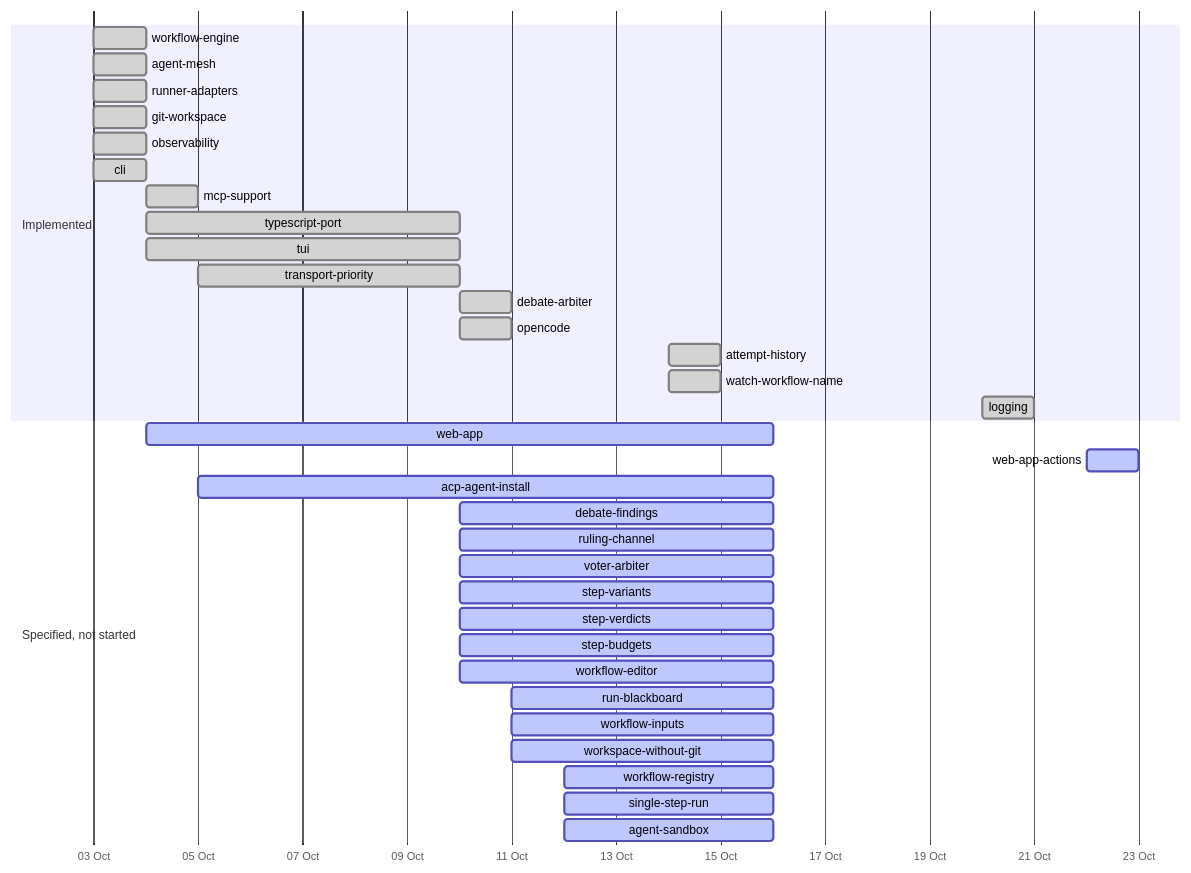
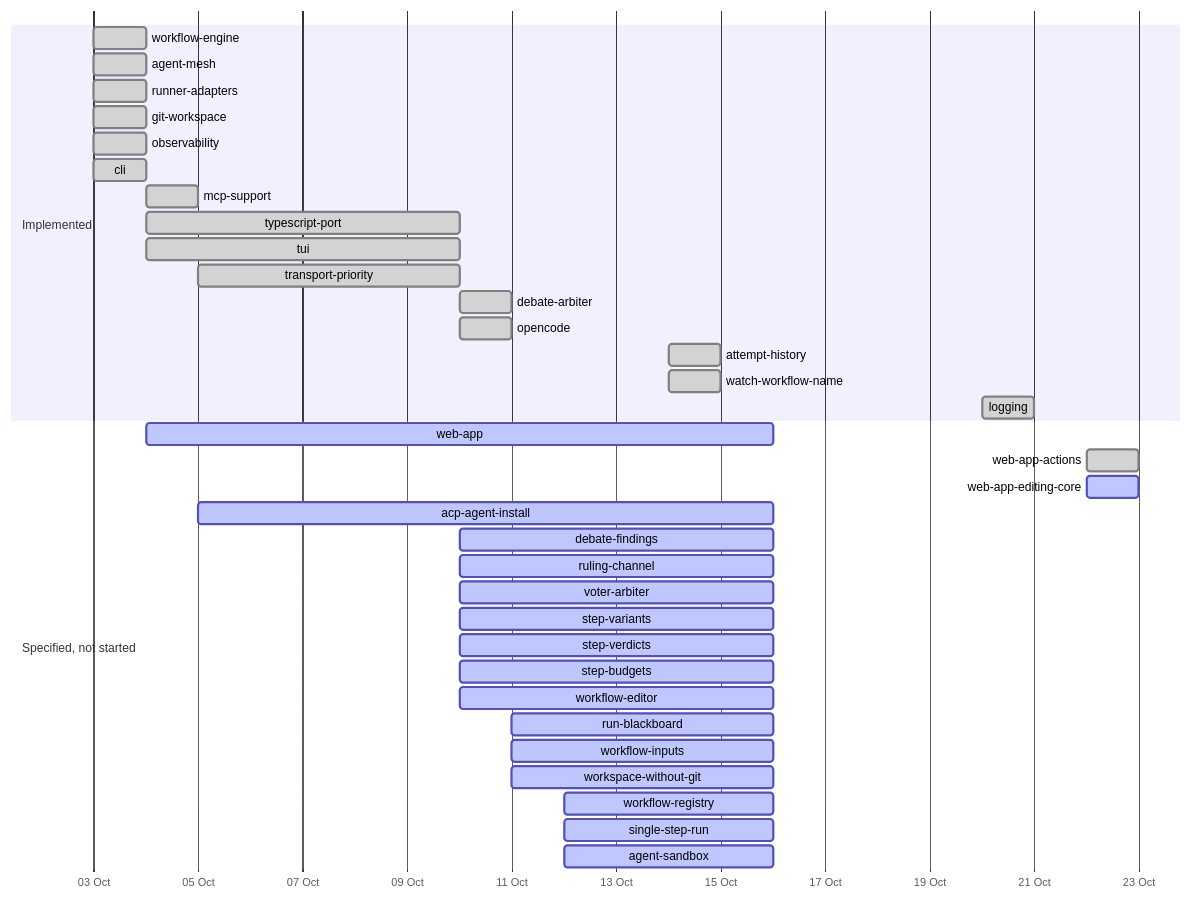
The second of 2 diagrams in specs/DEPENDENCY_MAP.md (yaotzin1/indaba), drawn with Mermaid before and after one commit. The commit also changed other lines of this file and 37 other files, not shown here.

````diff
--- a/specs/DEPENDENCY_MAP.md
+++ b/specs/DEPENDENCY_MAP.md
@@ -71,38 +71,39 @@
 ```mermaid
 gantt
     dateFormat YYYY-MM-DD
     axisFormat %d %b
     section Implemented
     workflow-engine        :done, 2026-10-03, 2026-10-04
     agent-mesh             :done, 2026-10-03, 2026-10-04
     runner-adapters        :done, 2026-10-03, 2026-10-04
     git-workspace          :done, 2026-10-03, 2026-10-04
     observability          :done, 2026-10-03, 2026-10-04
     cli                    :done, 2026-10-03, 2026-10-04
     mcp-support            :done, 2026-10-04, 1d
     typescript-port        :done, 2026-10-04, 2026-10-10
     tui                    :done, 2026-10-04, 2026-10-10
     transport-priority     :done, 2026-10-05, 2026-10-10
     debate-arbiter         :done, 2026-10-10, 1d
     opencode               :done, 2026-10-10, 1d
     attempt-history        :done, 2026-10-14, 1d
     watch-workflow-name    :done, 2026-10-14, 1d
     logging                :done, 2026-10-20, 2026-10-21
     section Specified, not started
     web-app                :active, 2026-10-04, 2026-10-16
-    web-app-actions        :active, 2026-10-22, 1d
+    web-app-actions        :done, 2026-10-22, 1d
+    web-app-editing-core   :active, 2026-10-22, 1d
     acp-agent-install      :active, 2026-10-05, 2026-10-16
     debate-findings        :active, 2026-10-10, 2026-10-16
     ruling-channel         :active, 2026-10-10, 2026-10-16
     voter-arbiter          :active, 2026-10-10, 2026-10-16
     step-variants          :active, 2026-10-10, 2026-10-16
     step-verdicts          :active, 2026-10-10, 2026-10-16
     step-budgets           :active, 2026-10-10, 2026-10-16
     workflow-editor        :active, 2026-10-10, 2026-10-16
     run-blackboard         :active, 2026-10-11, 2026-10-16
     workflow-inputs        :active, 2026-10-11, 2026-10-16
     workspace-without-git  :active, 2026-10-11, 2026-10-16
     workflow-registry      :active, 2026-10-12, 2026-10-16
     single-step-run        :active, 2026-10-12, 2026-10-16
     agent-sandbox          :active, 2026-10-12, 2026-10-16
 ```
````
